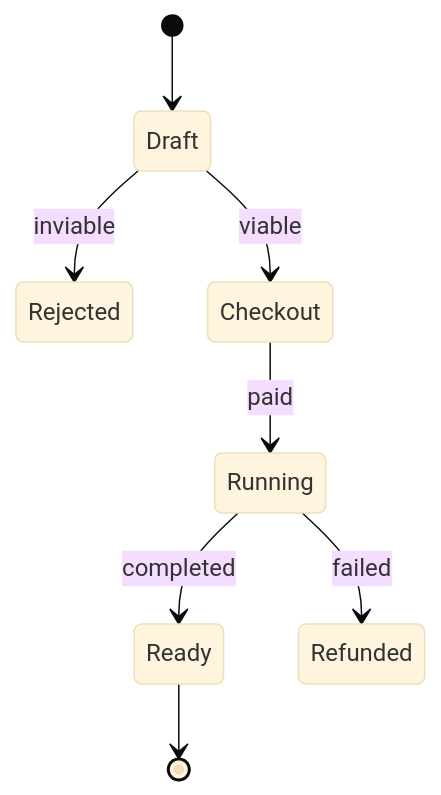
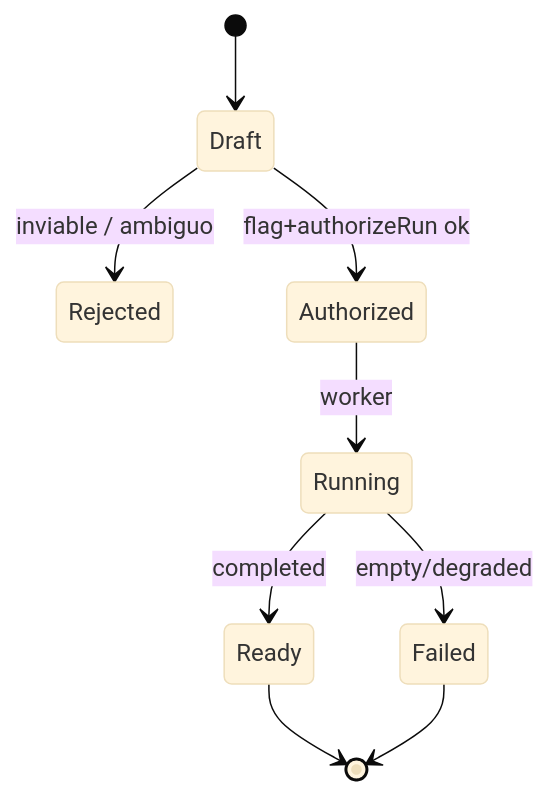
The eighth of 8 diagrams in docs/HLD_INVESTMENT_SCREENING_AGENTS.md (kyberis/stocktracker), drawn with Mermaid (base theme) before and after one commit. The commit also changed other lines of this file and 53 other files, not shown here.

````diff
--- a/docs/HLD_INVESTMENT_SCREENING_AGENTS.md
+++ b/docs/HLD_INVESTMENT_SCREENING_AGENTS.md
@@ -971,10 +1225,11 @@
 ```mermaid
 stateDiagram-v2
     [*] --> Draft
-    Draft --> Rejected: inviable
-    Draft --> Checkout: viable
-    Checkout --> Running: paid
+    Draft --> Rejected: inviable / ambiguo
+    Draft --> Authorized: flag+authorizeRun ok
+    Authorized --> Running: worker
     Running --> Ready: completed
-    Running --> Refunded: failed
+    Running --> Failed: empty/degraded
     Ready --> [*]
+    Failed --> [*]
 ```
````
